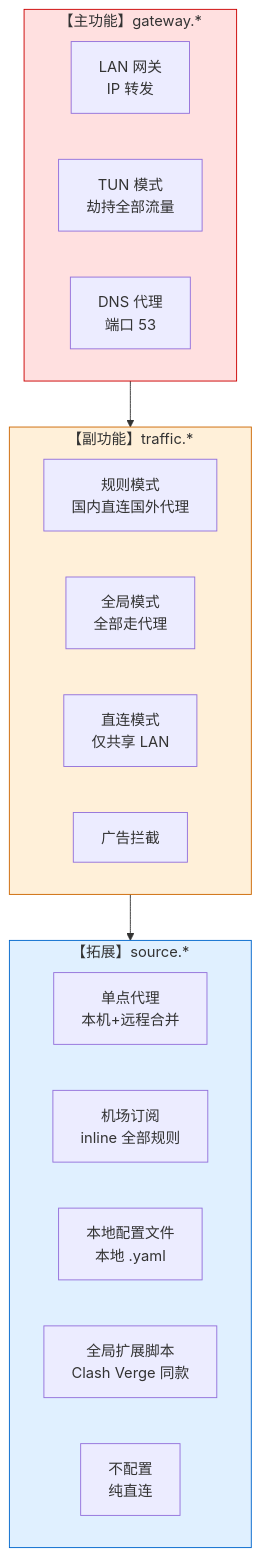
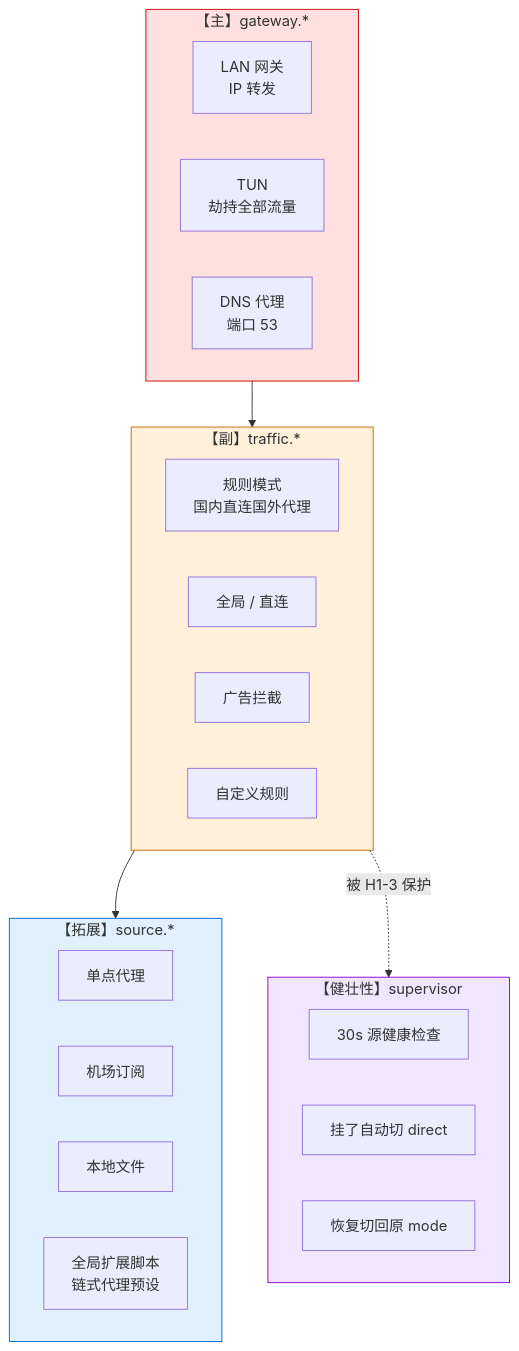
Before and after one commit to achieve-jsy/lan-proxy-gateway: the second of 2 diagrams in README.md, drawn with Mermaid. The commit also changed other lines of this file and 2 other files, not shown here.

````diff
--- a/README.md
+++ b/README.md
@@ -81,29 +286,36 @@
 ```mermaid
 flowchart TB
-    subgraph L1["【主功能】gateway.*"]
+    subgraph L1["【主】gateway.*"]
         G1[LAN 网关<br/>IP 转发]
-        G2[TUN 模式<br/>劫持全部流量]
+        G2[TUN<br/>劫持全部流量]
         G3[DNS 代理<br/>端口 53]
     end
 
-    subgraph L2["【副功能】traffic.*"]
+    subgraph L2["【副】traffic.*"]
         T1[规则模式<br/>国内直连国外代理]
-        T2[全局模式<br/>全部走代理]
-        T3[直连模式<br/>仅共享 LAN]
-        T4[广告拦截]
+        T2[全局 / 直连]
+        T3[广告拦截]
+        T4[自定义规则]
     end
 
     subgraph L3["【拓展】source.*"]
-        P1[单点代理<br/>本机+远程合并]
-        P2[机场订阅<br/>inline 全部规则]
-        P3[本地配置文件<br/>本地 .yaml]
-        P4[全局扩展脚本<br/>Clash Verge 同款]
-        P5[不配置<br/>纯直连]
+        P1[单点代理]
+        P2[机场订阅]
+        P3[本地文件]
+        P4[全局扩展脚本<br/>链式代理预设]
+    end
+
+    subgraph L4["【健壮性】supervisor"]
+        H1[30s 源健康检查]
+        H2[挂了自动切 direct]
+        H3[恢复切回原 mode]
     end
 
     L1 --> L2 --> L3
+    L2 -.被 H1-3 保护.-> L4
 
     style L1 fill:#ffe0e0,stroke:#cc0000
     style L2 fill:#fff0d9,stroke:#cc6600
     style L3 fill:#e0f0ff,stroke:#0066cc
+    style L4 fill:#f0e6ff,stroke:#8800cc
 ```
````
